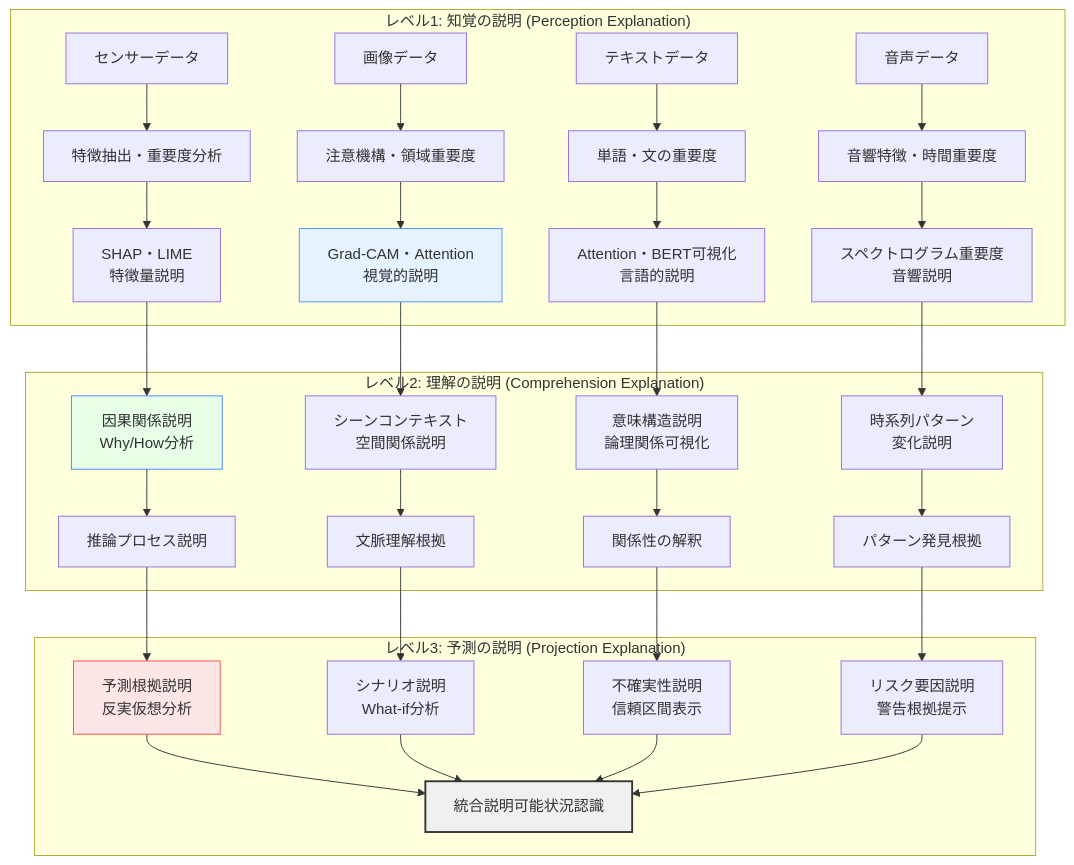
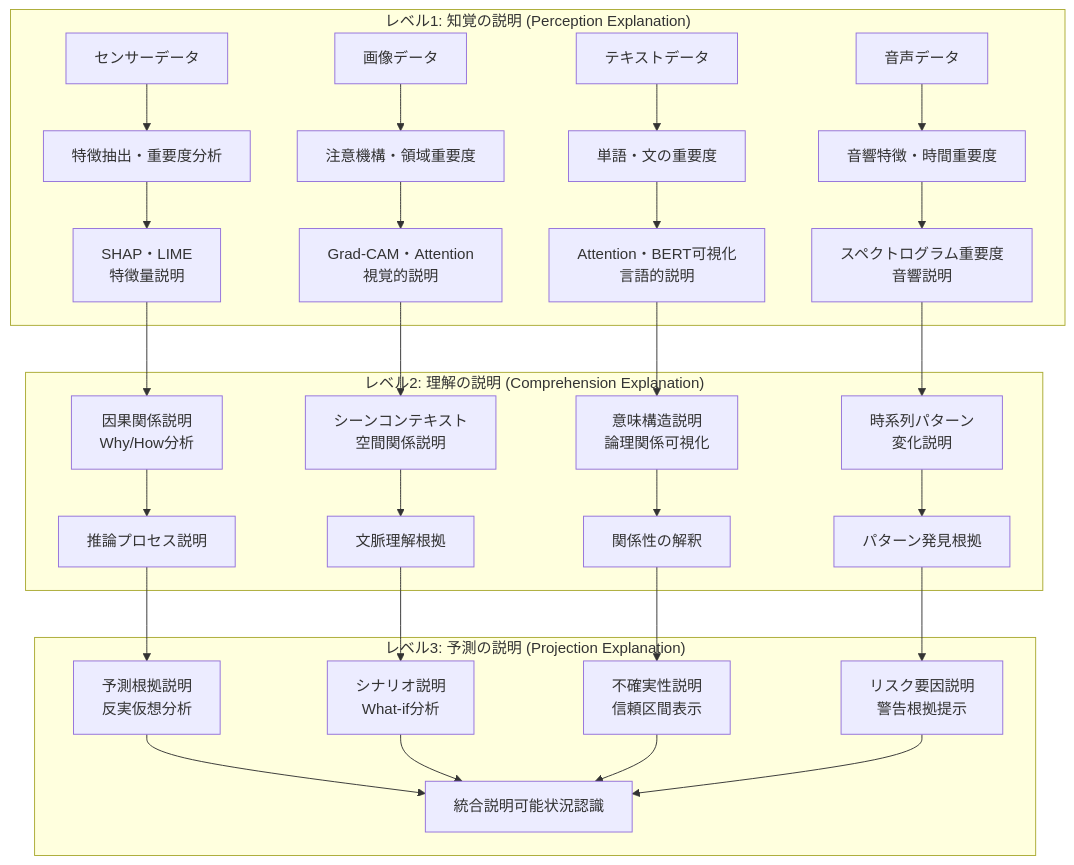
One commit to shuji-bonji/Situational-Awareness-and-Decision-Making changed the diagram in docs/ai-and-future/explainable-ai.md. Above: the diagram before and after it, drawn with Mermaid. The commit also changed 49 other files, not shown here.

Commit message:
fix: ダークモードで見づらい図の色の変更

````diff
--- a/docs/ai-and-future/explainable-ai.md
+++ b/docs/ai-and-future/explainable-ai.md
@@ -22,43 +22,38 @@
 ```mermaid
 graph TD
     subgraph "レベル1: 知覚の説明 (Perception Explanation)"
         A1[センサーデータ] --> B1[特徴抽出・重要度分析]
         A2[画像データ] --> B2[注意機構・領域重要度]
         A3[テキストデータ] --> B3[単語・文の重要度]
         A4[音声データ] --> B4[音響特徴・時間重要度]
         
         B1 --> C1[SHAP・LIME<br/>特徴量説明]
         B2 --> C2[Grad-CAM・Attention<br/>視覚的説明]
         B3 --> C3[Attention・BERT可視化<br/>言語的説明]
         B4 --> C4[スペクトログラム重要度<br/>音響説明]
     end
     
     subgraph "レベル2: 理解の説明 (Comprehension Explanation)"
         C1 --> D1[因果関係説明<br/>Why/How分析]
         C2 --> D2[シーンコンテキスト<br/>空間関係説明]
         C3 --> D3[意味構造説明<br/>論理関係可視化]
         C4 --> D4[時系列パターン<br/>変化説明]
         
         D1 --> E1[推論プロセス説明]
         D2 --> E2[文脈理解根拠]
         D3 --> E3[関係性の解釈]
         D4 --> E4[パターン発見根拠]
     end
     
     subgraph "レベル3: 予測の説明 (Projection Explanation)"
         E1 --> F1[予測根拠説明<br/>反実仮想分析]
         E2 --> F2[シナリオ説明<br/>What-if分析]
         E3 --> F3[不確実性説明<br/>信頼区間表示]
         E4 --> F4[リスク要因説明<br/>警告根拠提示]
         
         F1 --> G[統合説明可能状況認識]
         F2 --> G
         F3 --> G
         F4 --> G
     end
-    
-    style C2 fill:#e6f2ff,stroke:#4d94ff
-    style D1 fill:#e6ffe6,stroke:#4d7fff
-    style F1 fill:#ffe6e6,stroke:#ff4d4d
-    style G fill:#f0f0f0,stroke:#333,stroke-width:2px
 ```
````
